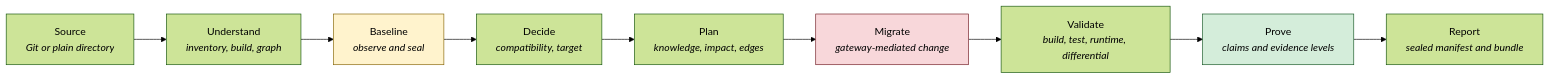
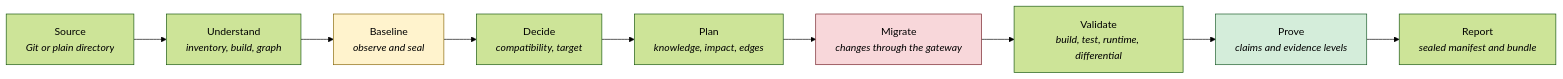
One commit to KrishnaAnnavaram/bootshift changed the first of 40 diagrams in README.md. Above: the diagram before and after it, drawn with Mermaid (forest theme). The commit also changed other lines of this file and 1 other file, not shown here.

````diff
--- a/README.md
+++ b/README.md
@@ -145,15 +178,15 @@
 ```mermaid
 flowchart LR
     S["Source<br/><i>Git or plain directory</i>"] --> U["Understand<br/><i>inventory, build, graph</i>"]
     U --> B["Baseline<br/><i>observe and seal</i>"]
     B --> D["Decide<br/><i>compatibility, target</i>"]
     D --> P["Plan<br/><i>knowledge, impact, edges</i>"]
-    P --> M["Migrate<br/><i>gateway-mediated change</i>"]
+    P --> M["Migrate<br/><i>changes through the gateway</i>"]
     M --> V["Validate<br/><i>build, test, runtime, differential</i>"]
     V --> R["Prove<br/><i>claims and evidence levels</i>"]
     R --> Rep["Report<br/><i>sealed manifest and bundle</i>"]
 
     style B fill:#fff3cd,stroke:#856404
     style M fill:#f8d7da,stroke:#721c24
     style R fill:#d4edda,stroke:#155724
 ```
````
